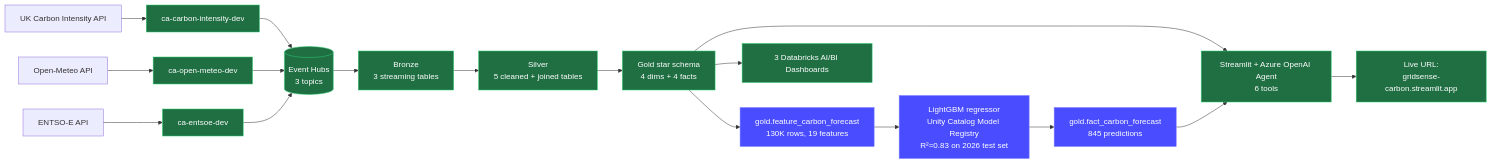
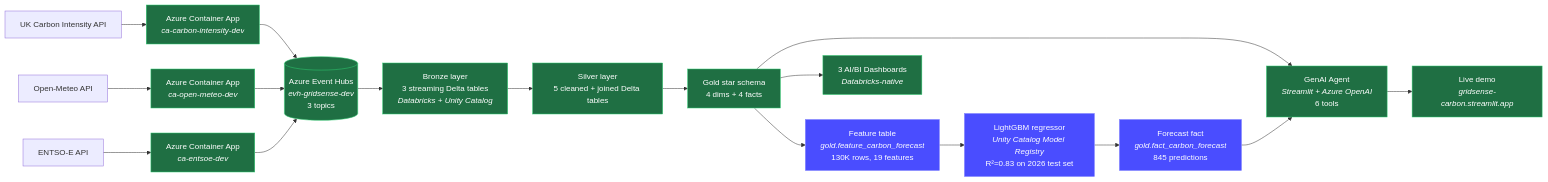
Before and after one commit to demonjd2026-afk/gridsense: the diagram in docs/architecture.md, drawn with Mermaid. The commit also changed 1 other file, not shown here.

Commit message:
docs(diagrams): friendly Azure service labels with resource names in italics

````diff
--- a/docs/architecture.md
+++ b/docs/architecture.md
@@ -13,24 +13,24 @@
 ```mermaid
 flowchart LR
-    A1[UK Carbon Intensity API] --> P1[ca-carbon-intensity-dev]
-    A2[Open-Meteo API] --> P2[ca-open-meteo-dev]
-    A3[ENTSO-E API] --> P3[ca-entsoe-dev]
-    P1 --> EH[(Event Hubs<br/>3 topics)]
+    A1[UK Carbon Intensity API] --> P1[Azure Container App<br/><i>ca-carbon-intensity-dev</i>]
+    A2[Open-Meteo API] --> P2[Azure Container App<br/><i>ca-open-meteo-dev</i>]
+    A3[ENTSO-E API] --> P3[Azure Container App<br/><i>ca-entsoe-dev</i>]
+    P1 --> EH[(Azure Event Hubs<br/><i>evh-gridsense-dev</i><br/>3 topics)]
     P2 --> EH
     P3 --> EH
-    EH --> B[Bronze<br/>3 streaming tables]
-    B --> S[Silver<br/>5 cleaned + joined tables]
+    EH --> B[Bronze layer<br/>3 streaming Delta tables<br/><i>Databricks + Unity Catalog</i>]
+    B --> S[Silver layer<br/>5 cleaned + joined Delta tables]
     S --> G[Gold star schema<br/>4 dims + 4 facts]
-    G --> FEAT[gold.feature_carbon_forecast<br/>130K rows, 19 features]
-    FEAT --> LGB[LightGBM regressor<br/>Unity Catalog Model Registry<br/>R²=0.83 on 2026 test set]
-    LGB --> FCAST[gold.fact_carbon_forecast<br/>845 predictions]
-    G --> DASH[3 Databricks AI/BI Dashboards]
-    G --> AGENT[Streamlit + Azure OpenAI Agent<br/>6 tools]
+    G --> FEAT[Feature table<br/><i>gold.feature_carbon_forecast</i><br/>130K rows, 19 features]
+    FEAT --> LGB[LightGBM regressor<br/><i>Unity Catalog Model Registry</i><br/>R²=0.83 on 2026 test set]
+    LGB --> FCAST[Forecast fact<br/><i>gold.fact_carbon_forecast</i><br/>845 predictions]
+    G --> DASH[3 AI/BI Dashboards<br/><i>Databricks-native</i>]
+    G --> AGENT[GenAI Agent<br/><i>Streamlit + Azure OpenAI</i><br/>6 tools]
     FCAST --> AGENT
-    AGENT --> URL[Live URL:<br/>gridsense-carbon.streamlit.app]
+    AGENT --> URL[Live demo<br/><i>gridsense-carbon.streamlit.app</i>]
 
     classDef done fill:#1f6f43,stroke:#2ecc71,color:#fff
     classDef ml fill:#4a4dff,stroke:#7e80ff,color:#fff
     class P1,P2,P3,EH,B,S,G,DASH,AGENT,URL done
     class FEAT,LGB,FCAST ml
 ```
````
